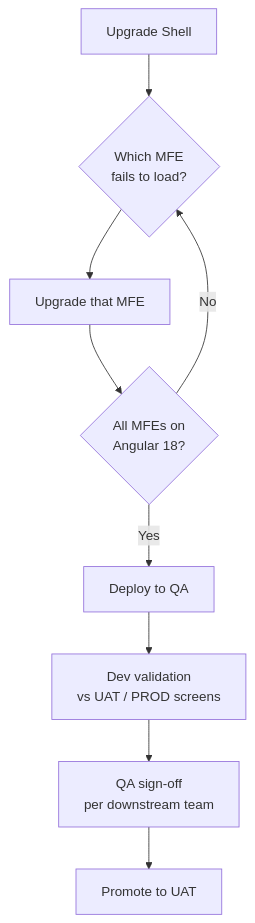
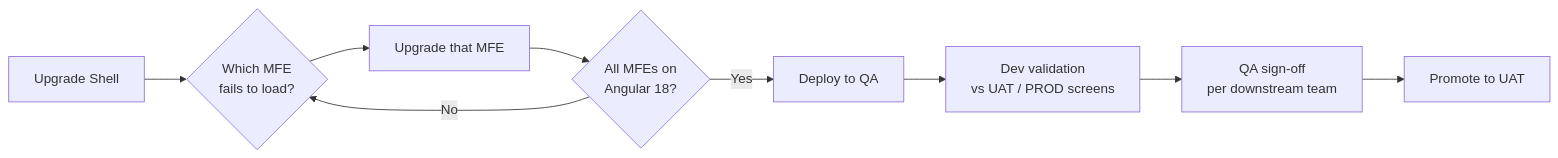
One commit to abhish3kk/abhish3kk.in changed the second of 3 diagrams in content/case-studies/angular-mfe-migration.mdx. Above: the diagram before and after it, drawn with Mermaid. The commit also changed other lines of this file and 2 other files, not shown here.

Commit message:
feat: add zoom/pan controls and standardise mermaid diagrams to LR
Restore zoom (+/−/⟲) and drag-to-pan on mermaid diagrams. SVG now scales
to fit the container by default (max-width: 100%) and expands when zoomed,
with the scroll container pannable by drag. Convert all flowchart directions
to LR across angular-mfe-migration and soap-to-rest case studies.

````diff
--- a/content/case-studies/angular-mfe-migration.mdx
+++ b/content/case-studies/angular-mfe-migration.mdx
@@ -57,11 +57,11 @@
 ```mermaid
-flowchart TD
+flowchart LR
     A[Upgrade Shell] --> B{Which MFE\nfails to load?}
     B --> C[Upgrade that MFE]
     C --> D{All MFEs on\nAngular 18?}
     D -->|No| B
     D -->|Yes| E[Deploy to QA]
     E --> F[Dev validation\nvs UAT / PROD screens]
     F --> G[QA sign-off\nper downstream team]
     G --> H[Promote to UAT]
 ```
````
